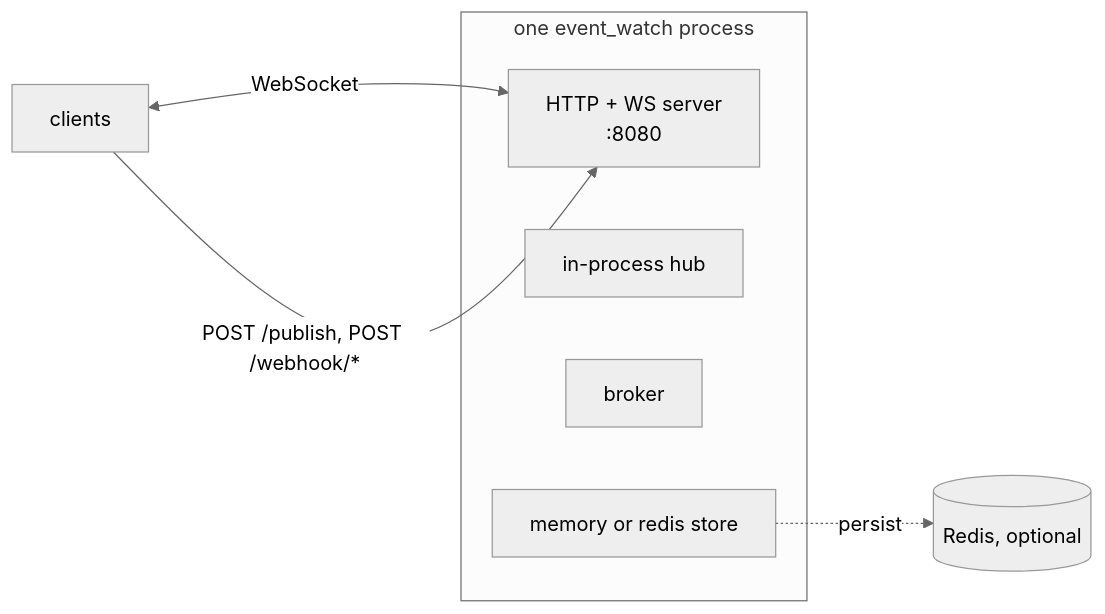
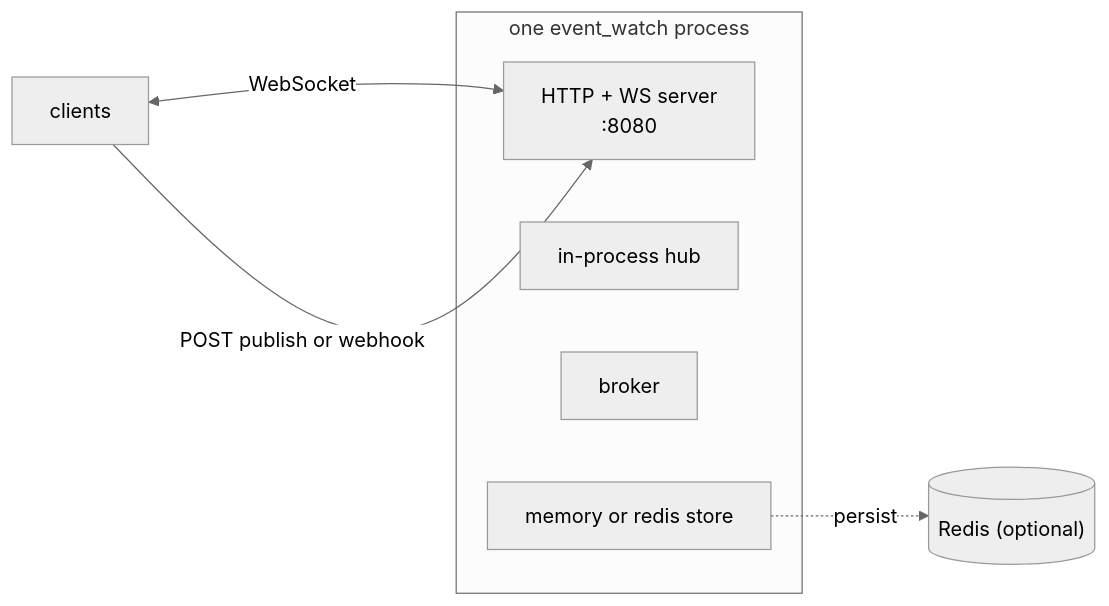
Before and after one commit to geekychris/event_watch: the sixth of 7 diagrams in docs/architecture.md, drawn with Mermaid (neutral theme). The commit also changed other lines of this file, not shown here.

First line of the commit message:
docs: fix mermaid parse errors in architecture.md

````diff
--- a/docs/architecture.md
+++ b/docs/architecture.md
@@ -215,14 +215,14 @@
 ```mermaid
 flowchart LR
     subgraph Node["one event_watch process"]
-        S[HTTP + WS server<br/>:8080]
+        S["HTTP + WS server<br/>:8080"]
         HUB[in-process hub]
         BR[broker]
         MEM["memory or redis store"]
     end
-    R[(Redis, optional)]
+    R[("Redis (optional)")]
     C[clients]
     C <-->|WebSocket| S
-    C -->|POST /publish, POST /webhook/*| S
+    C -->|POST publish or webhook| S
     MEM -.->|persist| R
 ```
````
